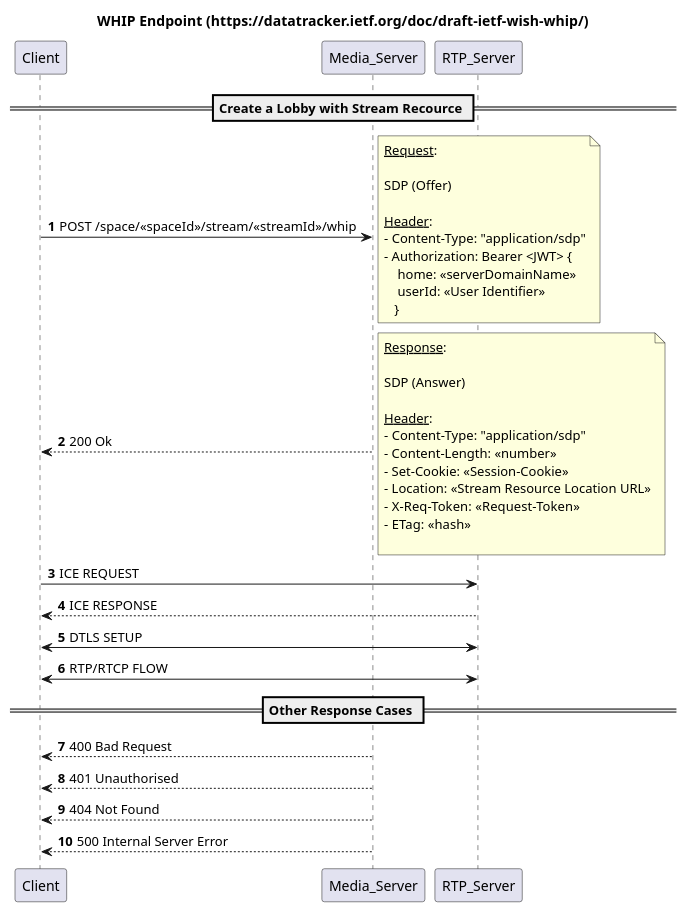
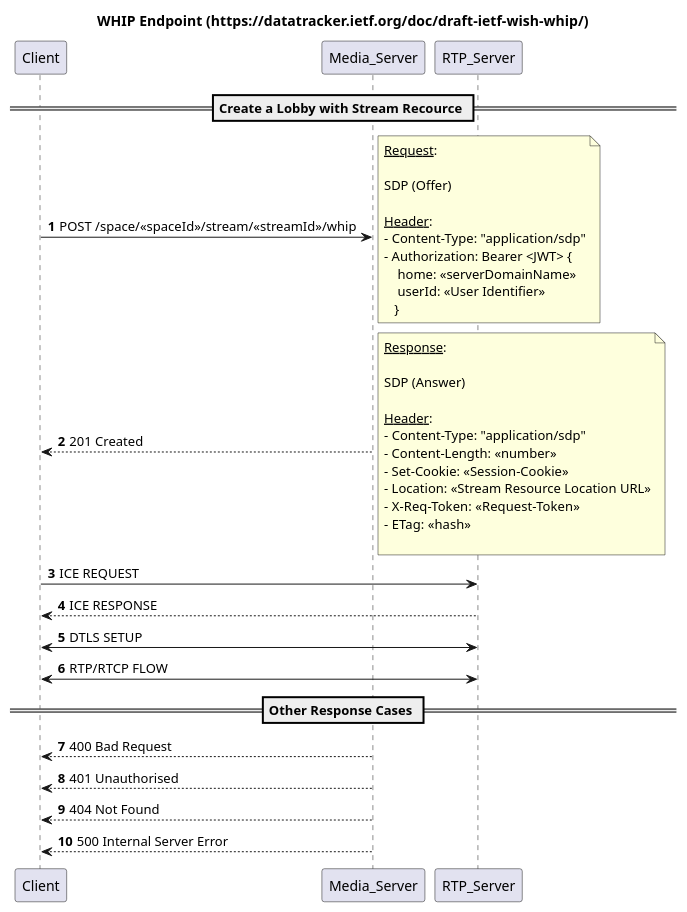
One commit to shigde/sfu changed the diagram in docs/uml/sequence/lobby-create-whip.puml. Above: the diagram before and after it, drawn with PlantUML.

Commit message:
Response code of whip is 201

```diff
--- a/docs/uml/sequence/lobby-create-whip.puml
+++ b/docs/uml/sequence/lobby-create-whip.puml
@@ -1,51 +1,51 @@
 @startuml
 'https://plantuml.com/sequence-diagram
 
 'https://plantuml.com/sequence-diagram
 
 title WHIP Endpoint (https://datatracker.ietf.org/doc/draft-ietf-wish-whip/)
 
 autonumber
 == Create a Lobby with Stream Recource ==
 Client -> Media_Server: POST /space/<<spaceId>>/stream/<<streamId>>/whip
 note right
 __Request__:
 
 SDP (Offer)
 
 __Header__:
 - Content-Type: "application/sdp"
 - Authorization: Bearer <JWT> {
     home: <<serverDomainName>>
     userId: <<User Identifier>>
    }
 end note
 
-Client <-- Media_Server: 200 Ok
+Client <-- Media_Server: 201 Created
 note right
 __Response__:
 
 SDP (Answer)
 
 __Header__:
 - Content-Type: "application/sdp"
 - Content-Length: <<number>>
 - Set-Cookie: <<Session-Cookie>>
 - Location: <<Stream Resource Location URL>>
 - X-Req-Token: <<Request-Token>>
 - ETag: <<hash>>
 
 end note
 
 Client -> RTP_Server:  ICE REQUEST
 Client <-- RTP_Server: ICE RESPONSE
 Client <-> RTP_Server: DTLS SETUP
 Client <-> RTP_Server: RTP/RTCP FLOW
 
 == Other Response Cases ==
 
 Client <-- Media_Server: 400 Bad Request
 Client <-- Media_Server: 401 Unauthorised
 Client <-- Media_Server: 404 Not Found
 Client <-- Media_Server: 500 Internal Server Error
 @enduml
```
